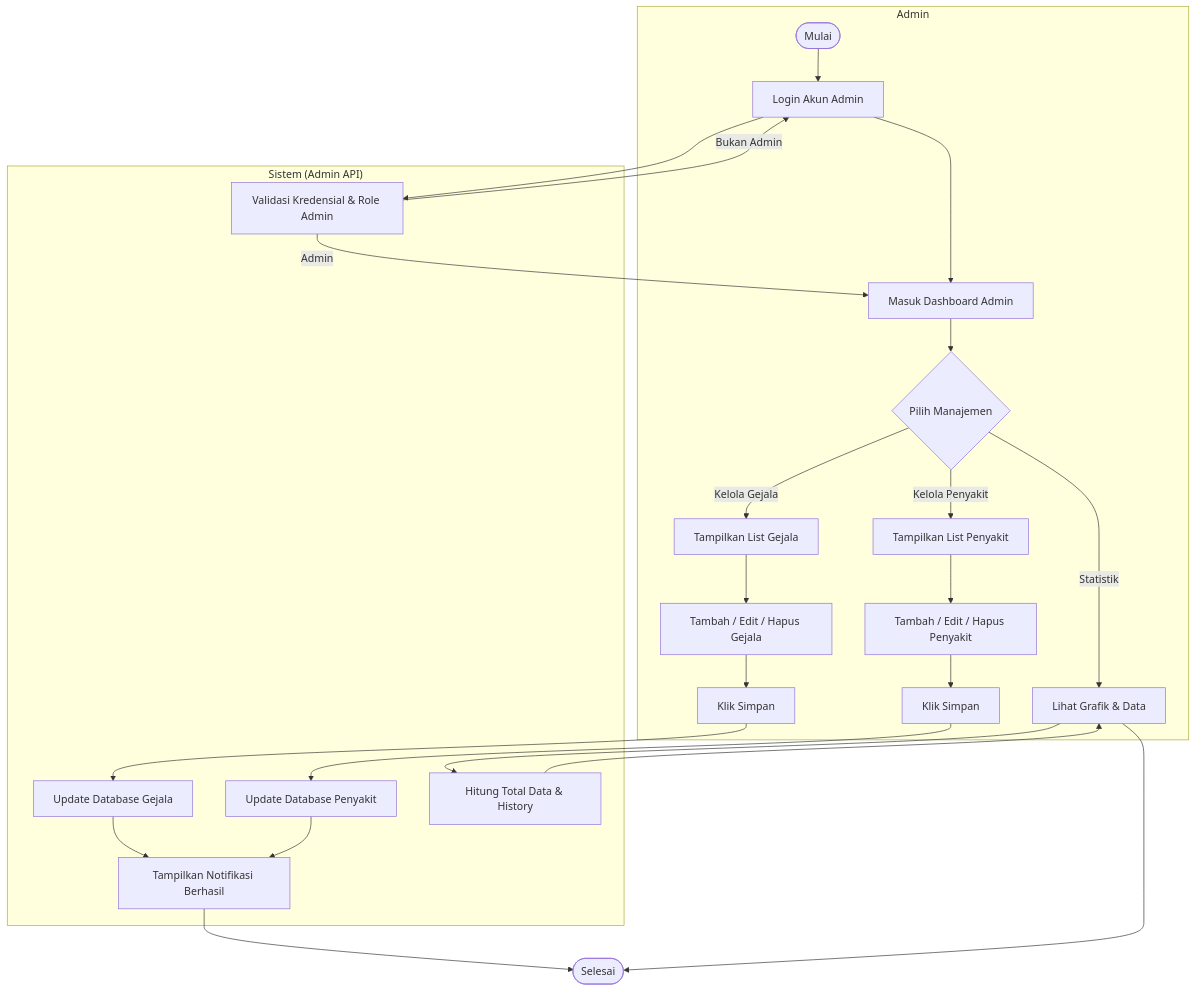
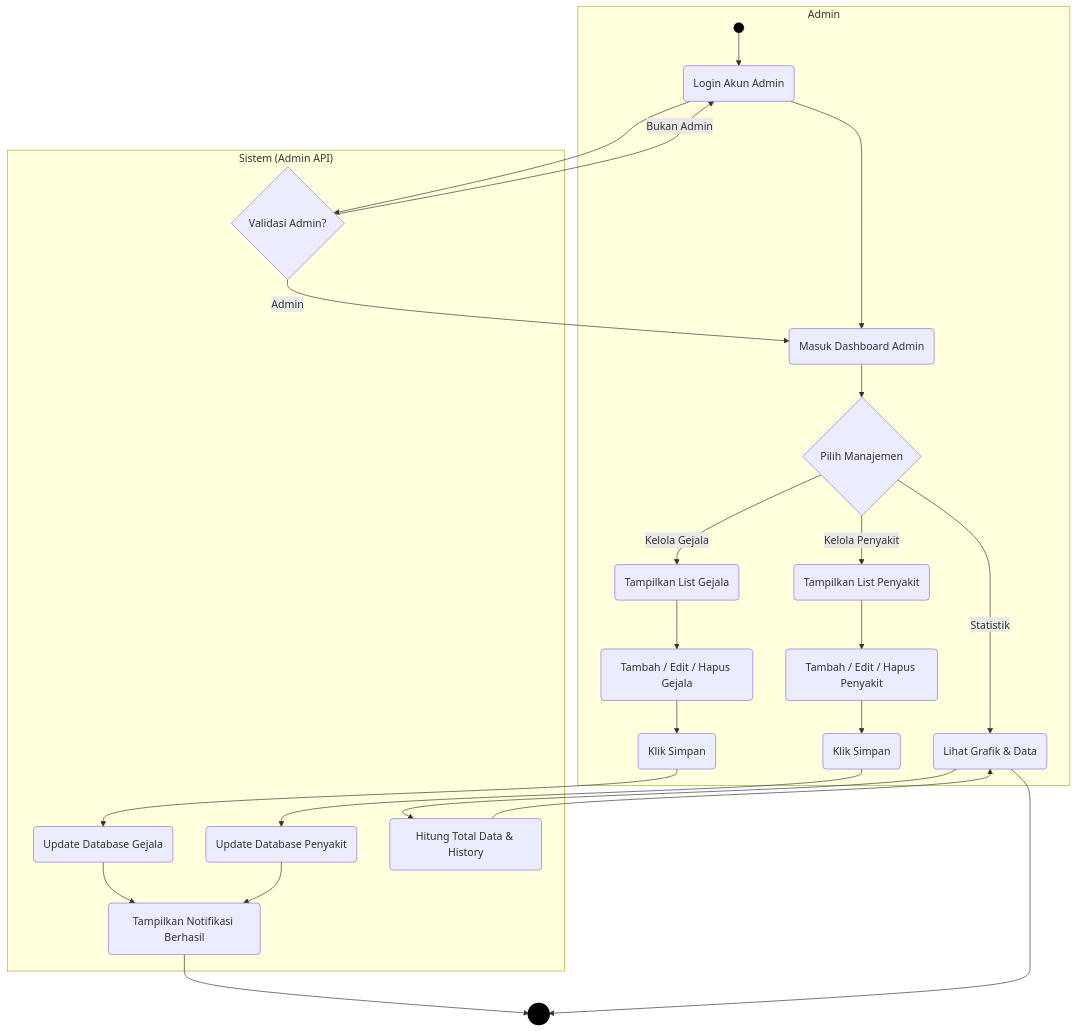
The fifth of 7 diagrams in README.md (RajaSunrise/kangkungku), drawn with Mermaid before and after one commit. The commit also changed other lines of this file and 74 other files, not shown here.

Commit message:
update new diagram

````diff
--- a/README.md
+++ b/README.md
@@ -182,36 +193,39 @@
 ```mermaid
-graph TD
+flowchart TD
     subgraph "Admin"
-        A_Start([Mulai]) --> A_Login[Login Akun Admin]
-        A_Login --> A_Dash[Masuk Dashboard Admin]
+        A_Start(( )):::startNode --> A_Login(Login Akun Admin)
+        A_Login --> A_Dash(Masuk Dashboard Admin)
         A_Dash --> A_Menu{Pilih Manajemen}
         
-        A_Menu -- "Kelola Gejala" --> A_Gejala[Tampilkan List Gejala]
-        A_Menu -- "Kelola Penyakit" --> A_Penyakit[Tampilkan List Penyakit]
-        A_Menu -- "Statistik" --> A_Stat[Lihat Grafik & Data]
+        A_Menu -- "Kelola Gejala" --> A_Gejala(Tampilkan List Gejala)
+        A_Menu -- "Kelola Penyakit" --> A_Penyakit(Tampilkan List Penyakit)
+        A_Menu -- "Statistik" --> A_Stat(Lihat Grafik & Data)
         
-        A_Gejala --> A_FormG[Tambah / Edit / Hapus Gejala]
-        A_Penyakit --> A_FormP[Tambah / Edit / Hapus Penyakit]
+        A_Gejala --> A_FormG(Tambah / Edit / Hapus Gejala)
+        A_Penyakit --> A_FormP(Tambah / Edit / Hapus Penyakit)
         
-        A_FormG --> A_SaveG[Klik Simpan]
-        A_FormP --> A_SaveP[Klik Simpan]
+        A_FormG --> A_SaveG(Klik Simpan)
+        A_FormP --> A_SaveP(Klik Simpan)
     end
 
     subgraph "Sistem (Admin API)"
-        A_Login --> S_AuthA[Validasi Kredensial & Role Admin]
+        A_Login --> S_AuthA{Validasi Admin?}
         S_AuthA -- "Admin" --> A_Dash
         S_AuthA -- "Bukan Admin" --> A_Login
         
-        A_SaveG --> S_UpdateG[Update Database Gejala]
-        A_SaveP --> S_UpdateP[Update Database Penyakit]
+        A_SaveG --> S_UpdateG(Update Database Gejala)
+        A_SaveP --> S_UpdateP(Update Database Penyakit)
         
-        S_UpdateG --> S_Notif[Tampilkan Notifikasi Berhasil]
+        S_UpdateG --> S_Notif(Tampilkan Notifikasi Berhasil)
         S_UpdateP --> S_Notif
         
-        A_Stat --> S_GetS[Hitung Total Data & History]
+        A_Stat --> S_GetS(Hitung Total Data & History)
         S_GetS --> A_Stat
     end
 
-    S_Notif --> A_End([Selesai])
+    S_Notif --> A_End((( ))):::endNode
     A_Stat --> A_End
+
+    classDef startNode fill:#000,stroke:#000;
+    classDef endNode fill:#000,stroke:#000,stroke-width:4px;
 ```
````
